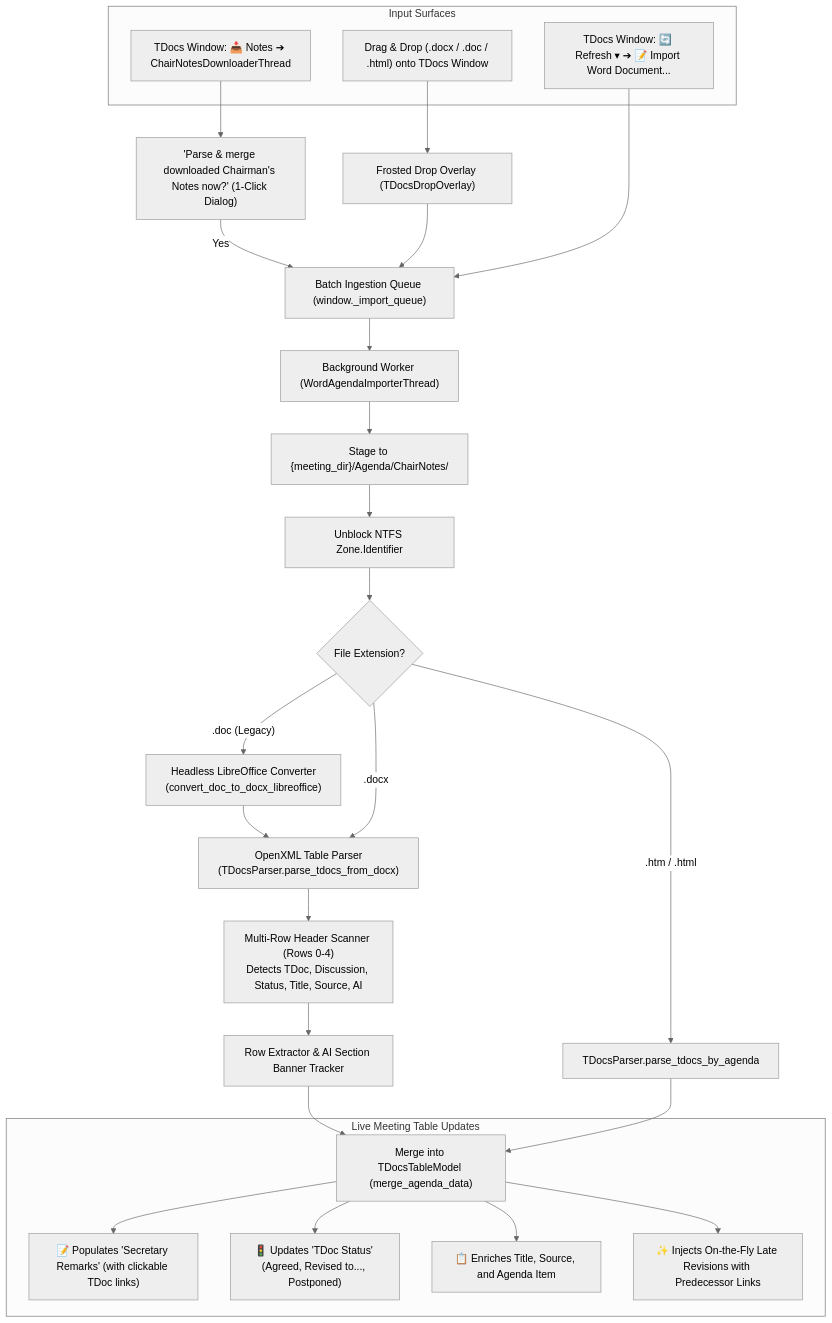
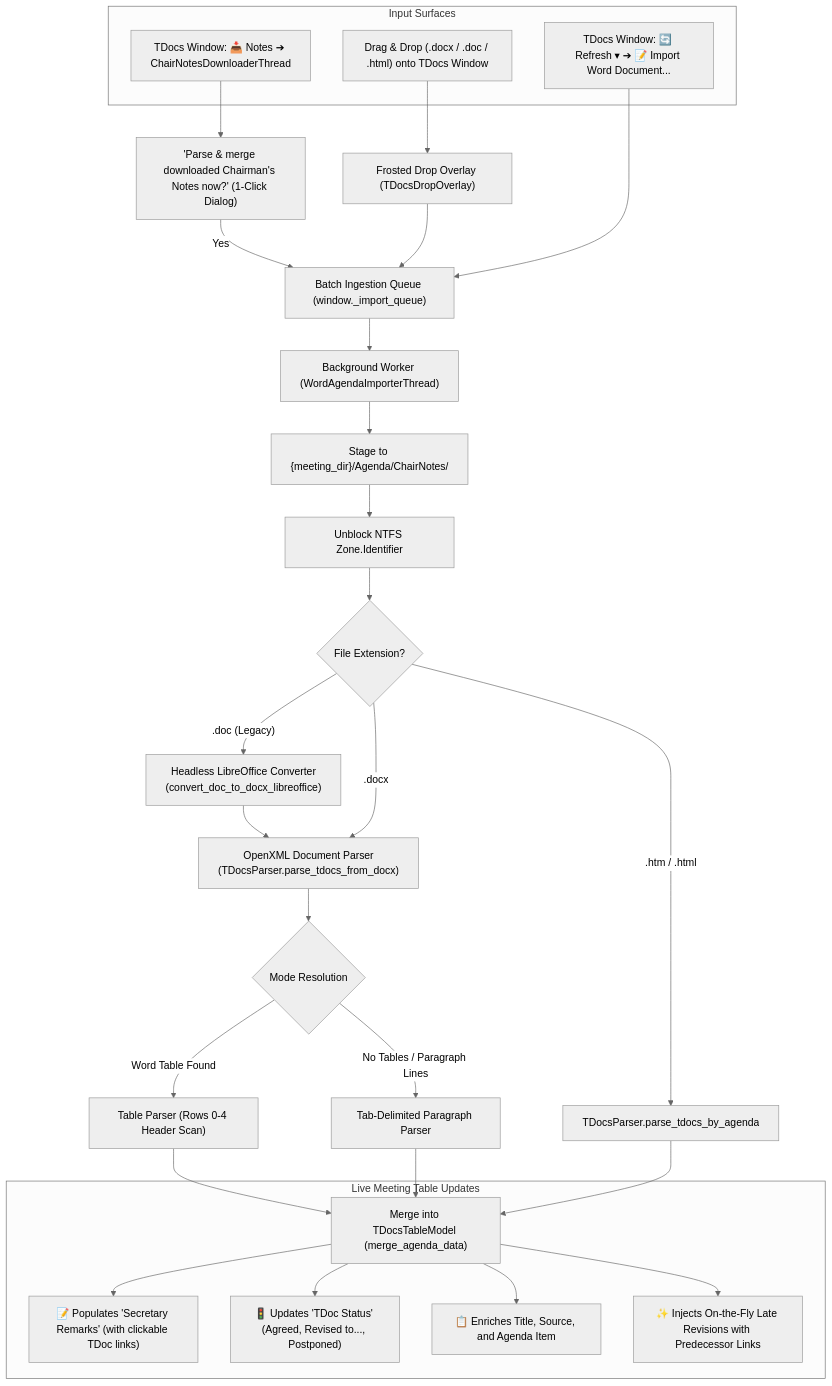
Before and after one commit to telekom/3gpp-meeting-tools: the second of 2 diagrams in 3GPP Tools/docs/legacy_features/F19_chairmans_notes_word_table_parser.md, drawn with Mermaid (neutral theme). The commit also changed other lines of this file and 3 other files, not shown here.

Commit message:
feat(meetings): add dual-mode paragraph parser for RAN1/RAN2 and verify across live 3GPP servers

````diff
--- a/3GPP Tools/docs/legacy_features/F19_chairmans_notes_word_table_parser.md
+++ b/3GPP Tools/docs/legacy_features/F19_chairmans_notes_word_table_parser.md
@@ -77,35 +96,38 @@
 ```mermaid
 flowchart TD
     subgraph Inputs ["Input Surfaces"]
         DND["Drag & Drop (.docx / .doc / .html) onto TDocs Window"]
         MENU["TDocs Window: 🔄 Refresh ▾ ➔ 📝 Import Word Document..."]
         DL["TDocs Window: 📥 Notes ➔ ChairNotesDownloaderThread"]
     end
 
     DL --> Prompt["'Parse & merge downloaded Chairman's Notes now?' (1-Click Dialog)"]
     Prompt --> |Yes| Queue
     DND --> Overlay["Frosted Drop Overlay (TDocsDropOverlay)"] --> Queue["Batch Ingestion Queue (window._import_queue)"]
     MENU --> Queue
 
     Queue --> Worker["Background Worker (WordAgendaImporterThread)"]
     Worker --> Stage["Stage to {meeting_dir}/Agenda/ChairNotes/"]
     Stage --> Unblock["Unblock NTFS Zone.Identifier"]
     
     Unblock --> CheckType{"File Extension?"}
     CheckType --> |".doc (Legacy)"| LO["Headless LibreOffice Converter\n(convert_doc_to_docx_libreoffice)"]
-    LO --> Parser["OpenXML Table Parser\n(TDocsParser.parse_tdocs_from_docx)"]
+    LO --> Parser["OpenXML Document Parser\n(TDocsParser.parse_tdocs_from_docx)"]
     CheckType --> |".docx"| Parser
     CheckType --> |".htm / .html"| HtmlParser["TDocsParser.parse_tdocs_by_agenda"]
 
-    Parser --> HeaderScan["Multi-Row Header Scanner (Rows 0-4)\nDetects TDoc, Discussion, Status, Title, Source, AI"]
-    HeaderScan --> RowExtract["Row Extractor & AI Section Banner Tracker"]
-    RowExtract --> MergeLogic["Merge into TDocsTableModel (merge_agenda_data)"]
+    Parser --> CheckEngine{"Mode Resolution"}
+    CheckEngine --> |"Word Table Found"| TableEngine["Table Parser (Rows 0-4 Header Scan)"]
+    CheckEngine --> |"No Tables / Paragraph Lines"| ParaEngine["Tab-Delimited Paragraph Parser"]
+    
+    TableEngine --> MergeLogic["Merge into TDocsTableModel (merge_agenda_data)"]
+    ParaEngine --> MergeLogic
     HtmlParser --> MergeLogic
 
     subgraph Output ["Live Meeting Table Updates"]
         MergeLogic --> Remarks["📝 Populates 'Secretary Remarks' (with clickable TDoc links)"]
         MergeLogic --> Status["🚦 Updates 'TDoc Status' (Agreed, Revised to..., Postponed)"]
         MergeLogic --> Metadata["📋 Enriches Title, Source, and Agenda Item"]
         MergeLogic --> LateTDocs["✨ Injects On-the-Fly Late Revisions with Predecessor Links"]
     end
 ```
````
